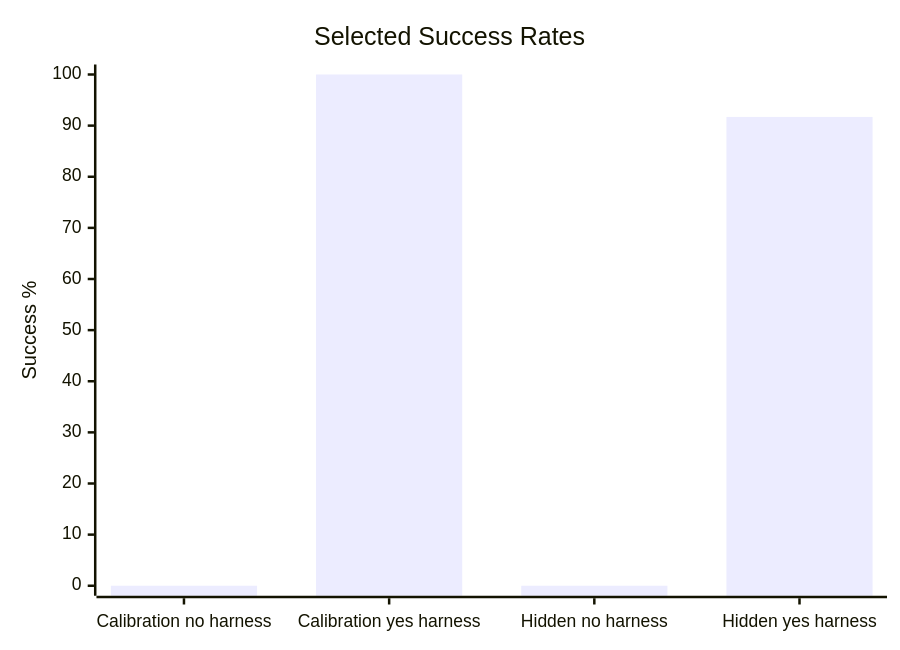
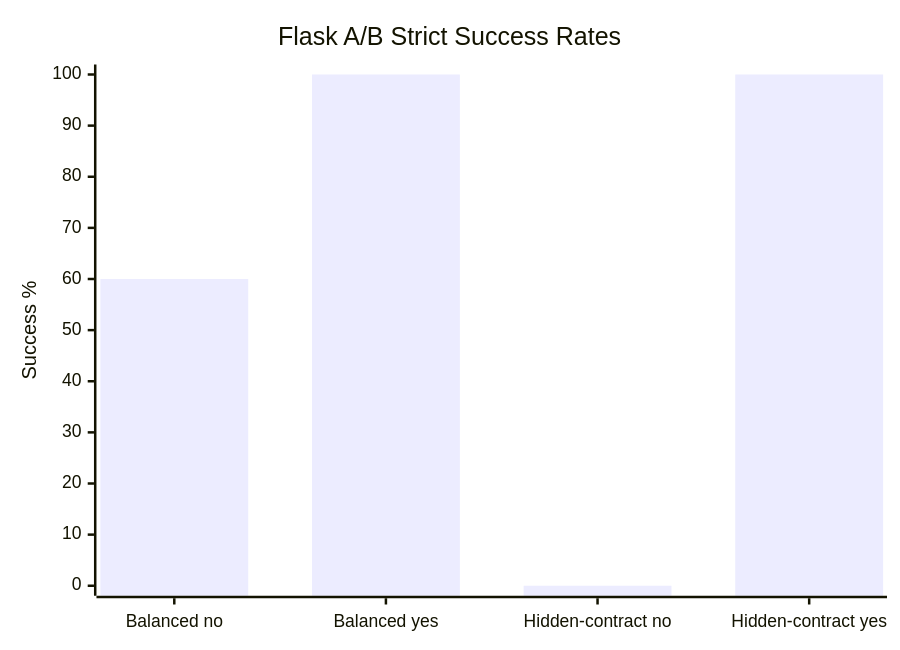
The diagram in README.md (harnessworks/harness-agent-benchmark-runner), drawn with Mermaid before and after one commit. The commit also changed other lines of this file and 22 other files, not shown here.

Commit message:
Add balanced hidden Flask A/B pilot evidence

````diff
--- a/README.md
+++ b/README.md
@@ -80,7 +105,7 @@
 ```mermaid
 xychart-beta
-    title "Selected Success Rates"
-    x-axis ["Calibration no harness", "Calibration yes harness", "Hidden no harness", "Hidden yes harness"]
+    title "Flask A/B Strict Success Rates"
+    x-axis ["Balanced no", "Balanced yes", "Hidden-contract no", "Hidden-contract yes"]
     y-axis "Success %" 0 --> 100
-    bar [0, 100, 0, 91.7]
+    bar [60, 100, 0, 100]
 ```
````
